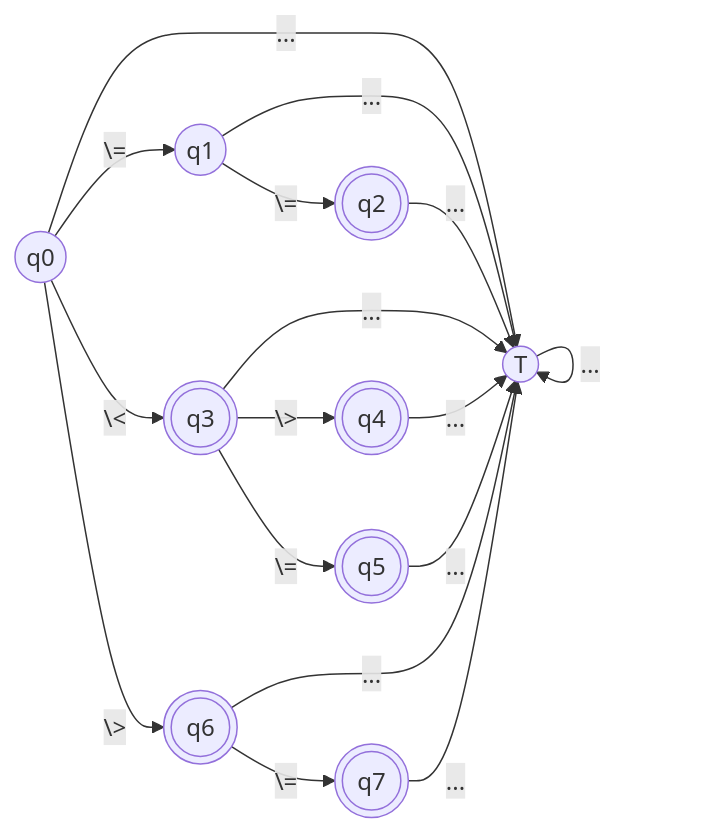
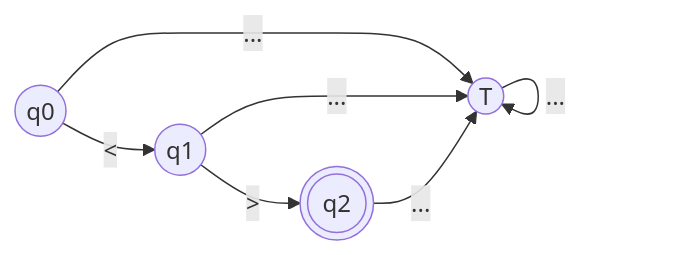
Diagram 27 of 34 in docs/regexp-afd.md (martinstanicio/tinylang), drawn with Mermaid before and after one commit. The commit also changed other lines of this file and 2 other files, not shown here.

````diff
--- a/docs/regexp-afd.md
+++ b/docs/regexp-afd.md
@@ -458,21 +510,10 @@
 ```mermaid
 flowchart LR
     q0(("q0"))
     q1(("q1"))
     q2((("q2")))
-    q3((("q3")))
-    q4((("q4")))
-    q5((("q5")))
-    q6((("q6")))
-    q7((("q7")))
     T(("T"))
 
-    q0 -- "\=" --> q1 -- "\=" --> q2
-    q0 -- "\<" --> q3
-    q3 -- "\>" --> q4
-    q3 -- "\=" --> q5
-    q0 -- "\>" --> q6
-    q6 -- "\=" --> q7
-
-    q0 & q1 & q2 & q3 & q4 & q5 & q6 & q7 & T -- "..." --> T
+    q0 -- "<" --> q1 -- ">" --> q2
+    q0 & q1 & q2 & T -- "..." --> T
 ```
````
